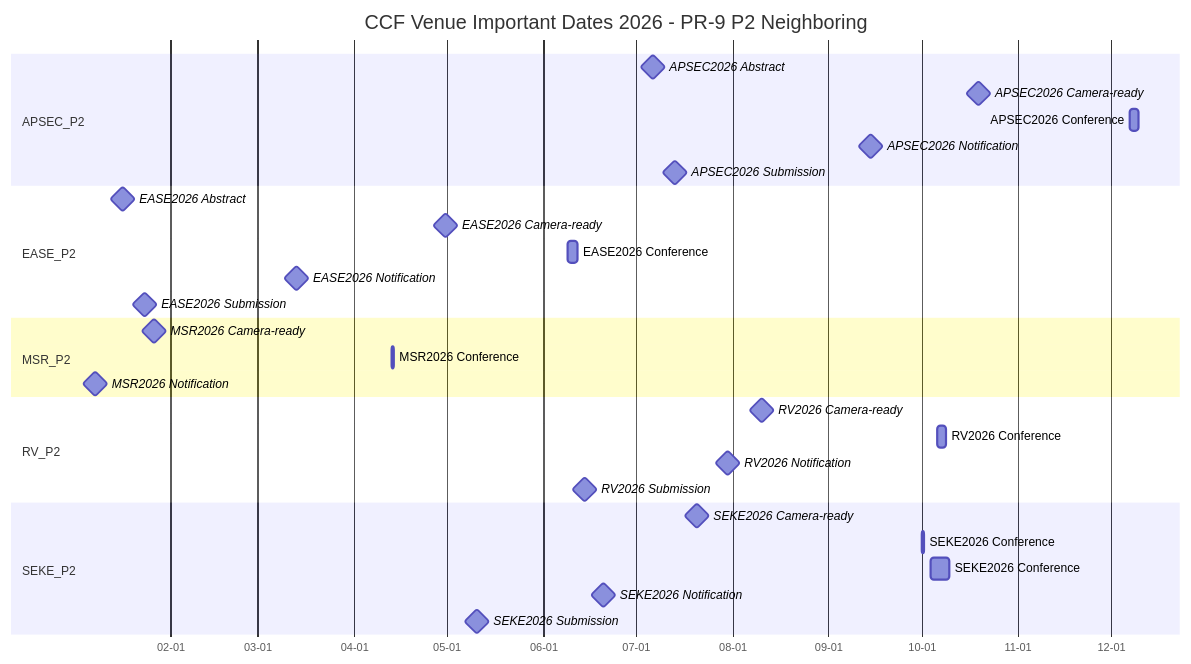
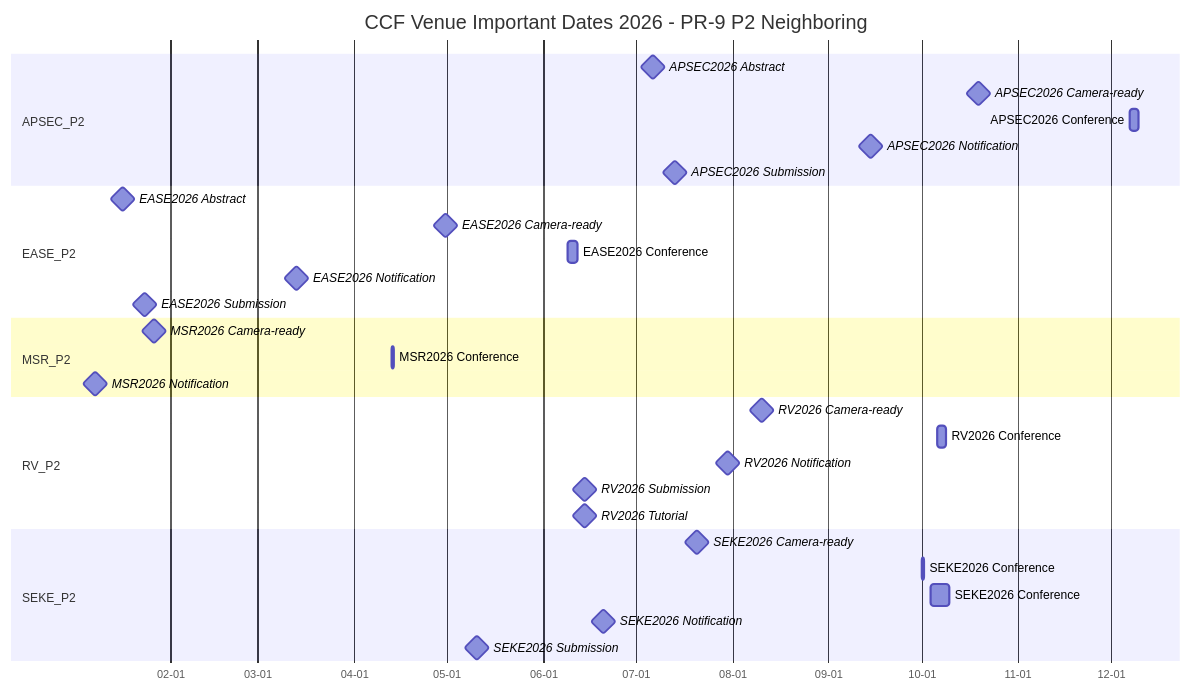
Before and after one commit to HansBug/research_ideas: the seventh of 25 diagrams in ccf_venues/TIMELINE.md, drawn with Mermaid. The commit also changed other lines of this file and 21 other files, not shown here.

````diff
--- a/ccf_venues/TIMELINE.md
+++ b/ccf_venues/TIMELINE.md
@@ -496,39 +519,40 @@
 ```mermaid
 gantt
   title CCF Venue Important Dates 2026 - PR-9 P2 Neighboring
   dateFormat YYYY-MM-DD
   axisFormat %m-%d
 
   section APSEC_P2
   APSEC2026 Abstract :milestone, pr9_conf_c_apsec_2026_abstract_20260706, 2026-07-06, 1d
   APSEC2026 Camera-ready :milestone, pr9_conf_c_apsec_2026_camera_ready_20261019, 2026-10-19, 1d
   APSEC2026 Conference :pr9_conf_c_apsec_2026_conference_20261207, 2026-12-07, 2026-12-10
   APSEC2026 Notification :milestone, pr9_conf_c_apsec_2026_notification_20260914, 2026-09-14, 1d
   APSEC2026 Submission :milestone, pr9_conf_c_apsec_2026_submission_20260713, 2026-07-13, 1d
 
   section EASE_P2
   EASE2026 Abstract :milestone, pr9_conf_c_ease_2026_abstract_20260116, 2026-01-16, 1d
   EASE2026 Camera-ready :milestone, pr9_conf_c_ease_2026_camera_ready_20260430, 2026-04-30, 1d
   EASE2026 Conference :pr9_conf_c_ease_2026_conference_20260609, 2026-06-09, 2026-06-12
   EASE2026 Notification :milestone, pr9_conf_c_ease_2026_notification_20260313, 2026-03-13, 1d
   EASE2026 Submission :milestone, pr9_conf_c_ease_2026_submission_20260123, 2026-01-23, 1d
 
   section MSR_P2
   MSR2026 Camera-ready :milestone, pr9_conf_c_msr_2026_camera_ready_20260126, 2026-01-26, 1d
   MSR2026 Conference :pr9_conf_c_msr_2026_conference_20260413, 2026-04-13, 2026-04-14
   MSR2026 Notification :milestone, pr9_conf_c_msr_2026_notification_20260107, 2026-01-07, 1d
 
   section RV_P2
   RV2026 Camera-ready :milestone, pr9_conf_c_rv_2026_camera_ready_20260810, 2026-08-10, 1d
   RV2026 Conference :pr9_conf_c_rv_2026_conference_20261006, 2026-10-06, 2026-10-09
   RV2026 Notification :milestone, pr9_conf_c_rv_2026_notification_20260730, 2026-07-30, 1d
   RV2026 Submission :milestone, pr9_conf_c_rv_2026_submission_20260614, 2026-06-14, 1d
+  RV2026 Tutorial :milestone, pr9_conf_c_rv_2026_tutorial_20260614, 2026-06-14, 1d
 
   section SEKE_P2
   SEKE2026 Camera-ready :milestone, pr9_conf_c_seke_2026_camera_ready_20260720, 2026-07-20, 1d
   SEKE2026 Conference :pr9_conf_c_seke_2026_conference_20261001, 2026-10-01, 2026-10-02
   SEKE2026 Conference :pr9_conf_c_seke_2026_conference_20261004, 2026-10-04, 2026-10-10
   SEKE2026 Notification :milestone, pr9_conf_c_seke_2026_notification_20260620, 2026-06-20, 1d
   SEKE2026 Submission :milestone, pr9_conf_c_seke_2026_submission_20260510, 2026-05-10, 1d
 
 ```
````
